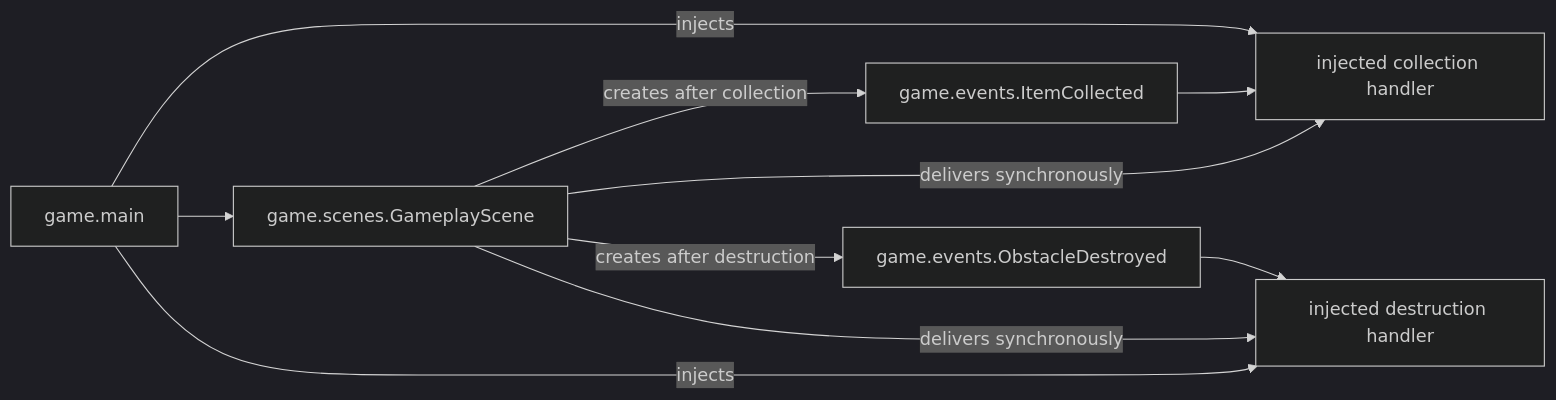
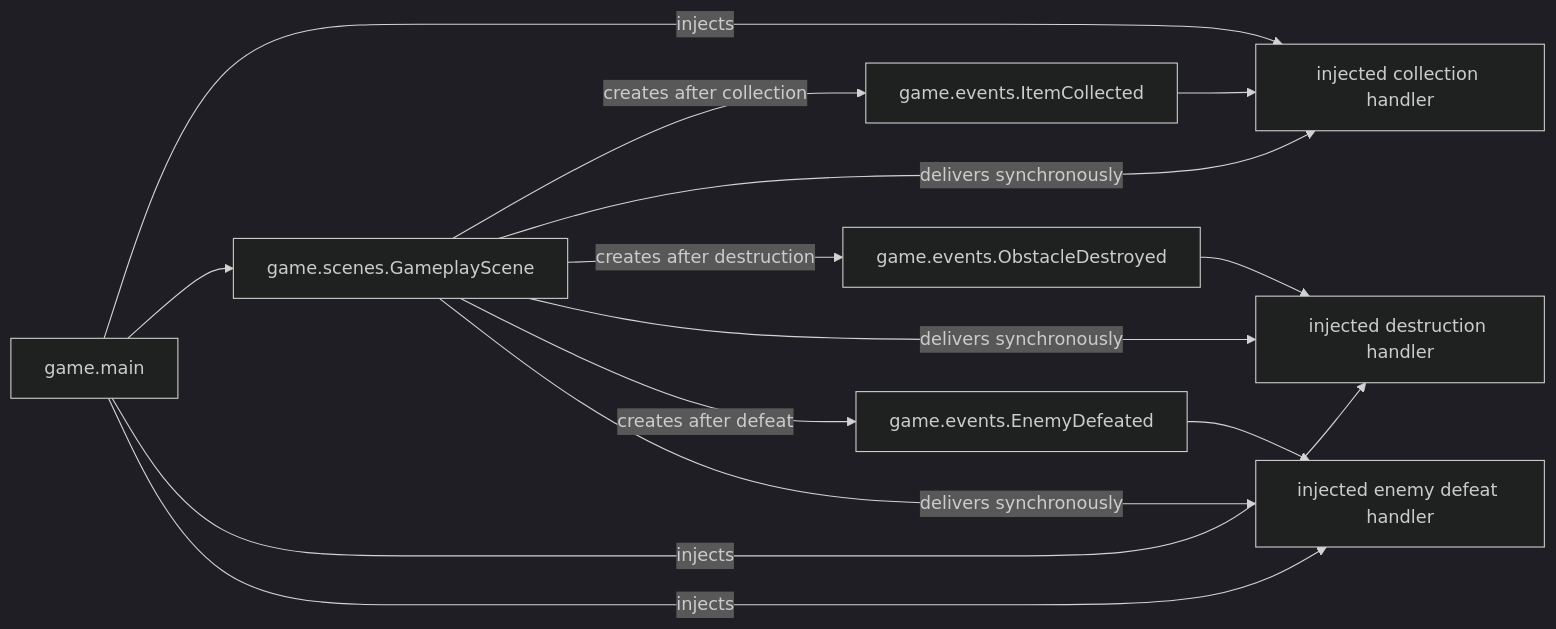
Before and after one commit to VincentMardon/my_first_adventure_game: the diagram in docs/architecture/events.md, drawn with Mermaid (dark theme). The commit also changed other lines of this file and 15 other files, not shown here.

````diff
--- a/docs/architecture/events.md
+++ b/docs/architecture/events.md
@@ -50,19 +57,25 @@
 ```mermaid
 flowchart LR
     GameMain["game.main"]
     GameplayScene["game.scenes.GameplayScene"]
     ItemCollected["game.events.ItemCollected"]
     ObstacleDestroyed["game.events.ObstacleDestroyed"]
+    EnemyDefeated["game.events.EnemyDefeated"]
     Handler["injected collection handler"]
     DestructionHandler["injected destruction handler"]
+    DefeatHandler["injected enemy defeat handler"]
 
     GameMain -->|"injects"| Handler
     GameMain --> GameplayScene
     GameplayScene -->|"creates after collection"| ItemCollected
     GameplayScene -->|"delivers synchronously"| Handler
     ItemCollected --> Handler
     GameMain -->|"injects"| DestructionHandler
     GameplayScene -->|"creates after destruction"| ObstacleDestroyed
     GameplayScene -->|"delivers synchronously"| DestructionHandler
     ObstacleDestroyed --> DestructionHandler
+    GameMain -->|"injects"| DefeatHandler
+    GameplayScene -->|"creates after defeat"| EnemyDefeated
+    GameplayScene -->|"delivers synchronously"| DefeatHandler
+    EnemyDefeated --> DefeatHandler
 ```
````
